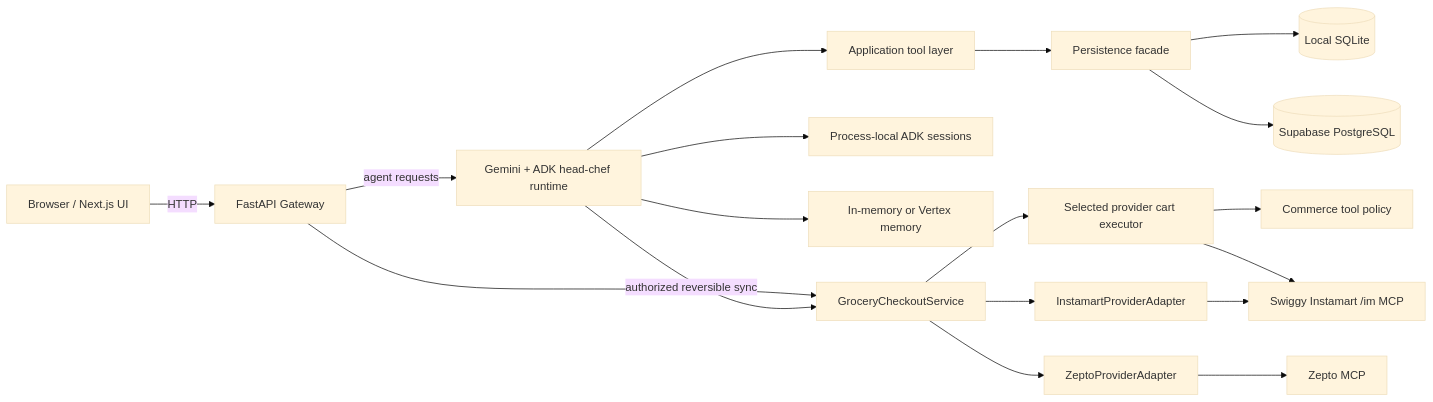
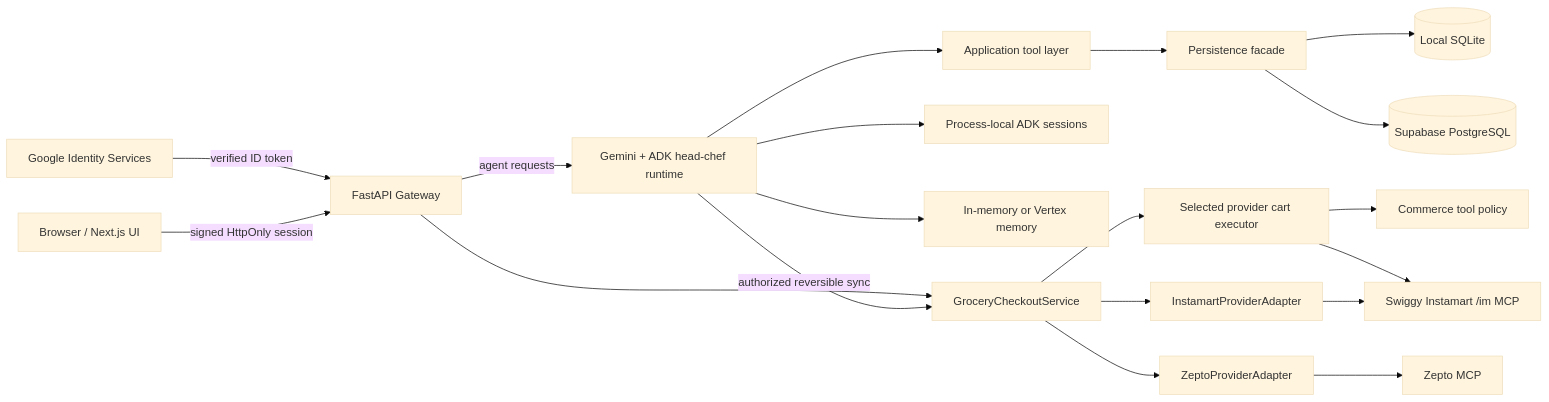
The first of 2 diagrams in docs/system_architecture.md (architworks/meal_and_grocery_agent), drawn with Mermaid (base theme) before and after one commit. The commit also changed other lines of this file and 35 other files, not shown here.

````diff
--- a/docs/system_architecture.md
+++ b/docs/system_architecture.md
@@ -32,21 +32,22 @@
 ```mermaid
 flowchart LR
-    Browser[Browser / Next.js UI] -->|HTTP| API[FastAPI Gateway]
+    Google[Google Identity Services] -->|verified ID token| API[FastAPI Gateway]
+    Browser[Browser / Next.js UI] -->|signed HttpOnly session| API
     API -->|agent requests| AgentRuntime[Gemini + ADK head-chef runtime]
     AgentRuntime --> Tools[Application tool layer]
     Tools --> Storage[Persistence facade]
     Storage --> SQLite[(Local SQLite)]
     Storage --> Supabase[(Supabase PostgreSQL)]
     AgentRuntime --> Sessions[Process-local ADK sessions]
     AgentRuntime --> Memory[In-memory or Vertex memory]
 
     API --> Checkout[GroceryCheckoutService]
     AgentRuntime -->|authorized reversible sync| Checkout
     Checkout --> ProviderExecutor[Selected provider cart executor]
     ProviderExecutor --> ToolPolicy[Commerce tool policy]
     ProviderExecutor --> InstamartMCP[Swiggy Instamart /im MCP]
     Checkout --> ZeptoAdapter[ZeptoProviderAdapter]
     Checkout --> InstamartAdapter[InstamartProviderAdapter]
     ZeptoAdapter --> ZeptoMCP[Zepto MCP]
     InstamartAdapter --> InstamartMCP
 ```
````
